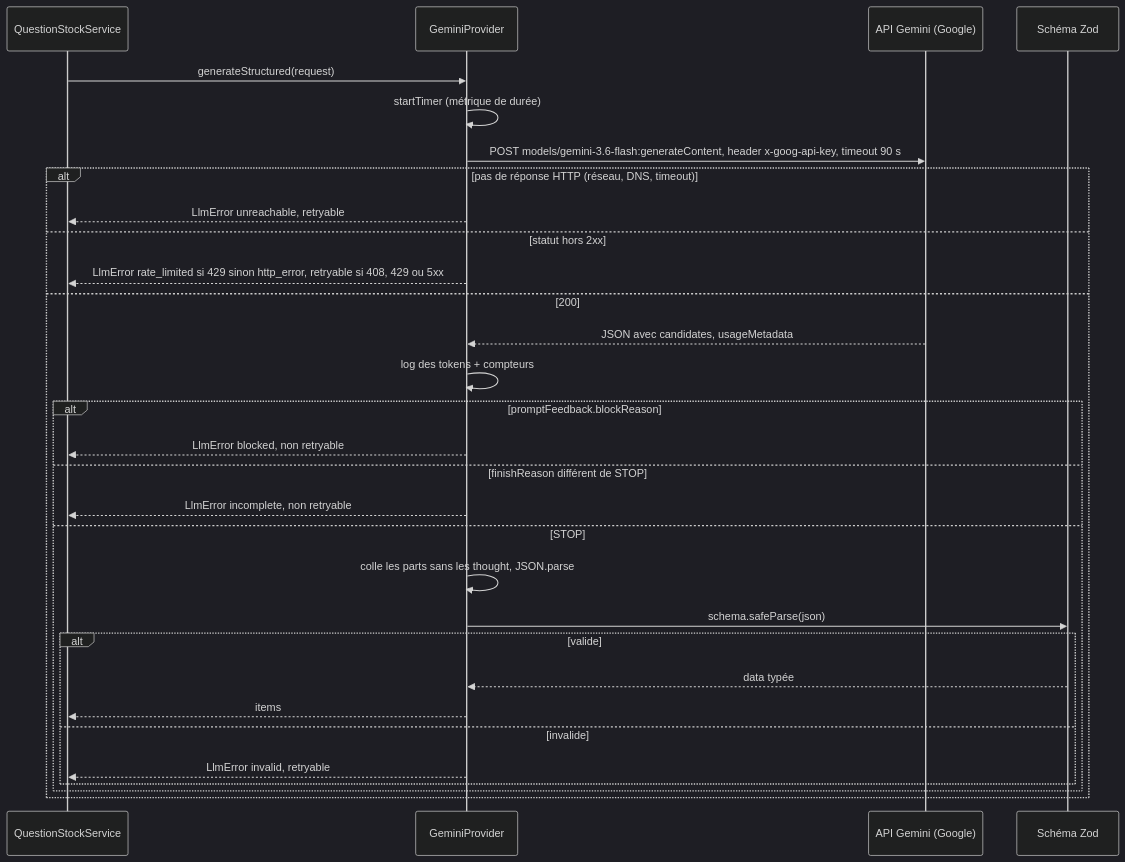
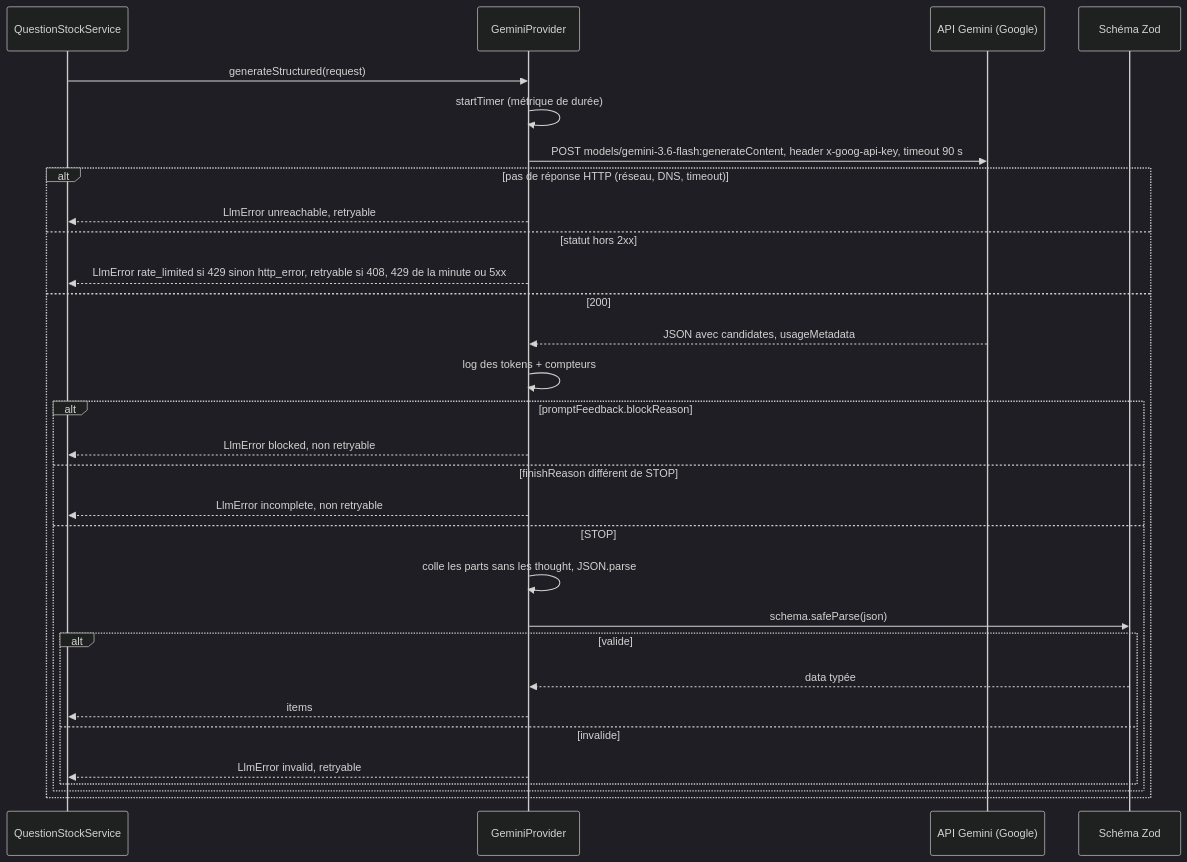
The third of 3 diagrams in docs/transcendence-course/endrit/llm-question-generation/providers.md (VictorBro/ft_transcendence), drawn with Mermaid (dark theme) before and after one commit. The commit also changed other lines of this file and 223 other files, not shown here.

````diff
--- a/docs/transcendence-course/endrit/llm-question-generation/providers.md
+++ b/docs/transcendence-course/endrit/llm-question-generation/providers.md
@@ -180,33 +190,33 @@
 ```mermaid
 sequenceDiagram
   participant S as QuestionStockService
   participant G as GeminiProvider
   participant API as API Gemini (Google)
   participant Z as Schéma Zod
 
   S->>G: generateStructured(request)
   G->>G: startTimer (métrique de durée)
   G->>API: POST models/gemini-3.6-flash:generateContent, header x-goog-api-key, timeout 90 s
   alt pas de réponse HTTP (réseau, DNS, timeout)
     G-->>S: LlmError unreachable, retryable
   else statut hors 2xx
-    G-->>S: LlmError rate_limited si 429 sinon http_error, retryable si 408, 429 ou 5xx
+    G-->>S: LlmError rate_limited si 429 sinon http_error, retryable si 408, 429 de la minute ou 5xx
   else 200
     API-->>G: JSON avec candidates, usageMetadata
     G->>G: log des tokens + compteurs
     alt promptFeedback.blockReason
       G-->>S: LlmError blocked, non retryable
     else finishReason différent de STOP
       G-->>S: LlmError incomplete, non retryable
     else STOP
       G->>G: colle les parts sans les thought, JSON.parse
       G->>Z: schema.safeParse(json)
       alt valide
         Z-->>G: data typée
         G-->>S: items
       else invalide
         G-->>S: LlmError invalid, retryable
       end
     end
   end
 ```
````
